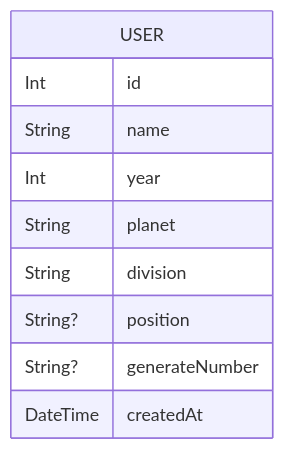
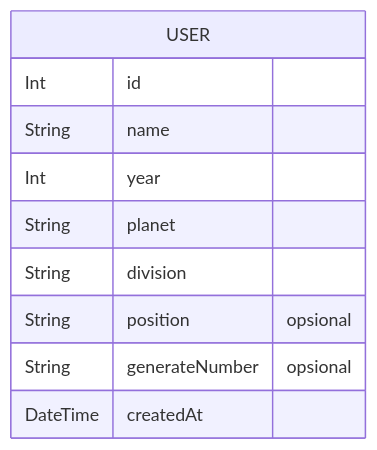
One commit to christian-siahaan26/generate-nism-ml changed the second of 2 diagrams in README.md. Above: the diagram before and after it, drawn with Mermaid.

````diff
--- a/README.md
+++ b/README.md
@@ -128,13 +128,13 @@
 ```mermaid
 erDiagram
     USER {
         Int id
         String name
         Int year
         String planet
         String division
-        String? position
-        String? generateNumber
+        String position "opsional"
+        String generateNumber "opsional"
         DateTime createdAt
     }
 ```
````
